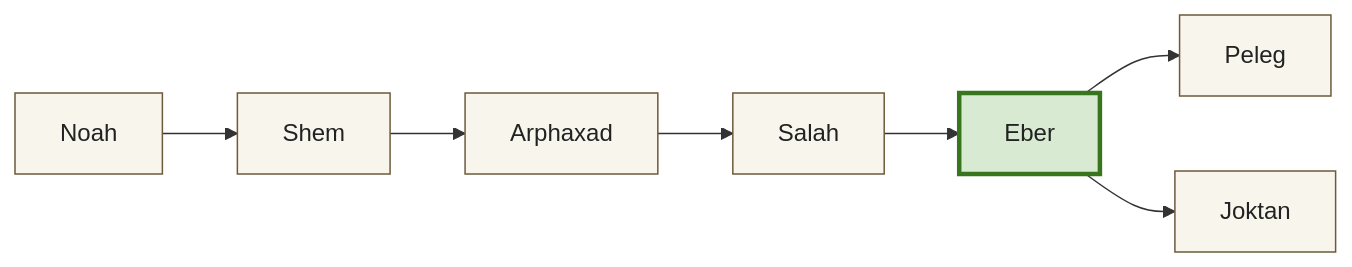
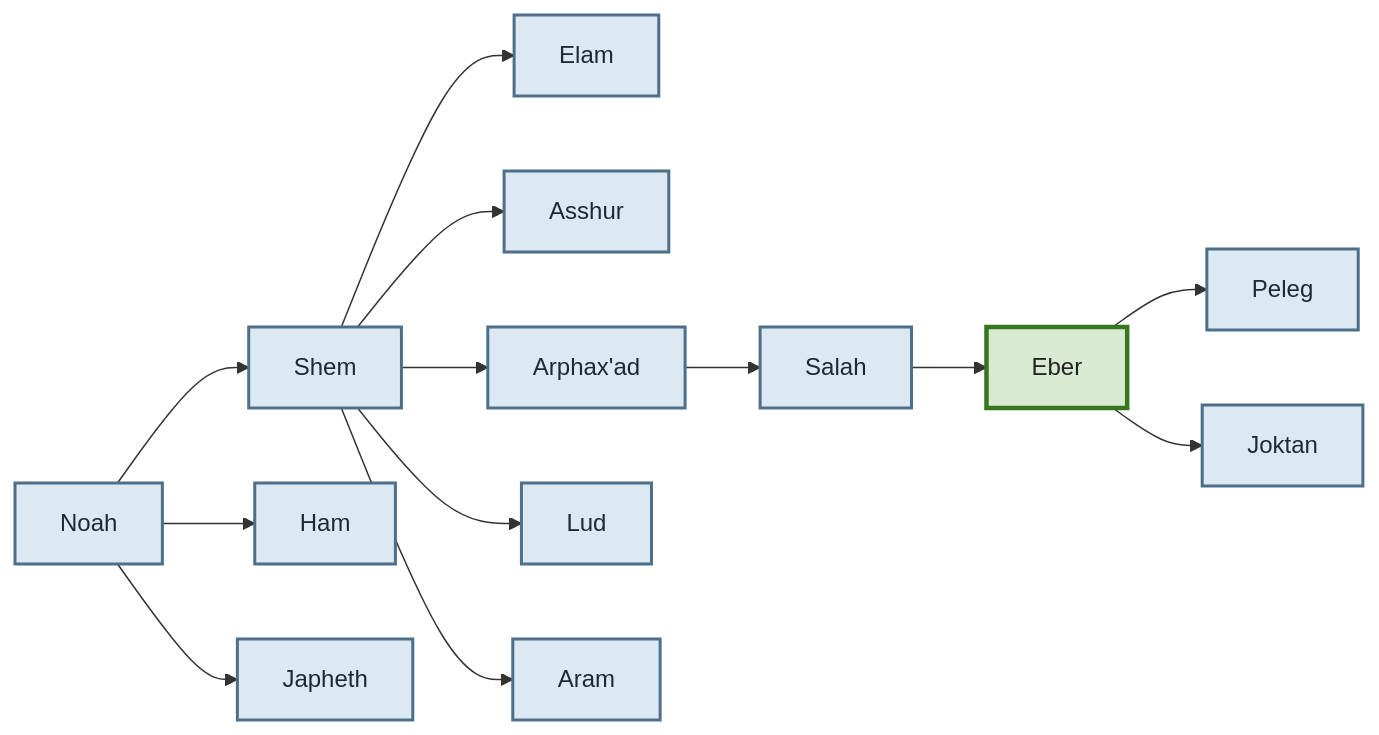
The diagram in docs/Who_is_Who_in_Bible/E/Eber.md (cheneuwo/KJB_JB2), drawn with Mermaid before and after one commit. The commit also changed other lines of this file and 1 other file, not shown here.

Commit message:
The Genealogy of Eber

````diff
--- a/docs/Who_is_Who_in_Bible/E/Eber.md
+++ b/docs/Who_is_Who_in_Bible/E/Eber.md
@@ -12,12 +18,47 @@
 ```{mermaid}
+:label: fig:Eber-lineage
+:class: centered-mermaid
+
 flowchart LR
-  Noah --> Shem --> Arphaxad --> Salah --> Eber
-  Eber --> Peleg
-  Eber --> Joktan
+  Noah[Noah] --> Shem[Shem]
+  Noah --> Ham[Ham]
+  Noah --> Japheth[Japheth]
 
-  classDef person fill:#f8f5ed,stroke:#6d5a3d,color:#222;
+  Shem --> Elam[Elam]
+  Shem --> Asshur[Asshur]
+  Shem --> Arphaxad[Arphax'ad]
+  Shem --> Lud[Lud]
+  Shem --> Aram[Aram]
+
+  Arphaxad --> Salah[Salah]
+
+  Salah --> Eber[Eber]
+
+  Eber --> Peleg[Peleg]
+  Eber --> Joktan[Joktan]
+
+  click Noah href "../noah" "about Noah" _self
+  click Shem href "../shem" "about Shem" _self
+  click Ham href "../ham" "about Ham" _self
+  click Japheth "../japheth" "about Japheth" _self
+  
+  click Elam href "../elam" "about Elam" _self
+  click Asshur href "../asshur" "about Asshur" _self
+  click Arphaxad href "../arphaxad" "about Arphax'ad" _self
+  click Lud href "../lud" "about Lud" _self
+  click Aram href "../aram" "about Aram" _self
+
+  click Salah href "../salah" "about Salah" _self
+
+  click Peleg href "../peleg" "about Peleg" _self
+  click Joktan href "../joktan" "about Joktan" _self
+
+  classDef male fill:#DCE8F2,stroke:#4D6F8A,stroke-width:2px,color:#1F2933;
+  classDef female fill:#F2E1DF,stroke:#98615D,stroke-width:2px,color:#1F2933;
+  classDef union fill:none,stroke:none;
   classDef focus fill:#d9ead3,stroke:#38761d,stroke-width:3px,color:#222;
 
-  class Noah,Shem,Arphaxad,Salah,Peleg,Joktan person;
+  class Noah,Shem,Ham,Japheth,Asshur,Elam,Lud,Aram,Arphaxad,Salah,Peleg,Joktan male;
+  class union1 union;
   class Eber focus;
 ```
````
